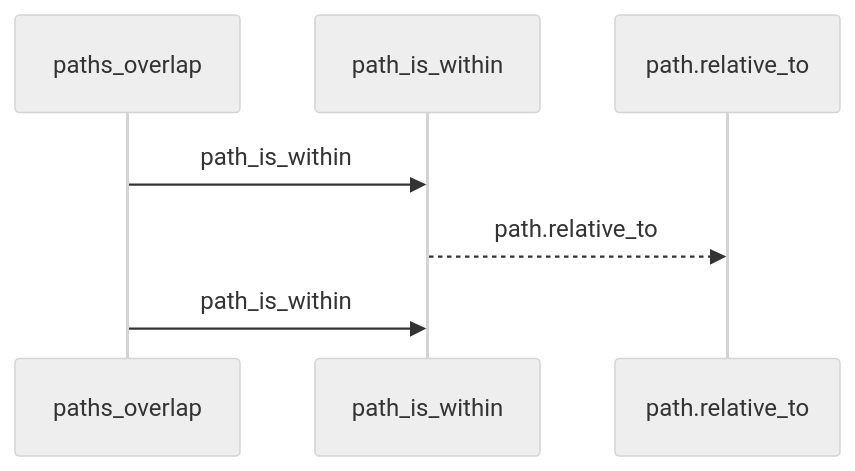
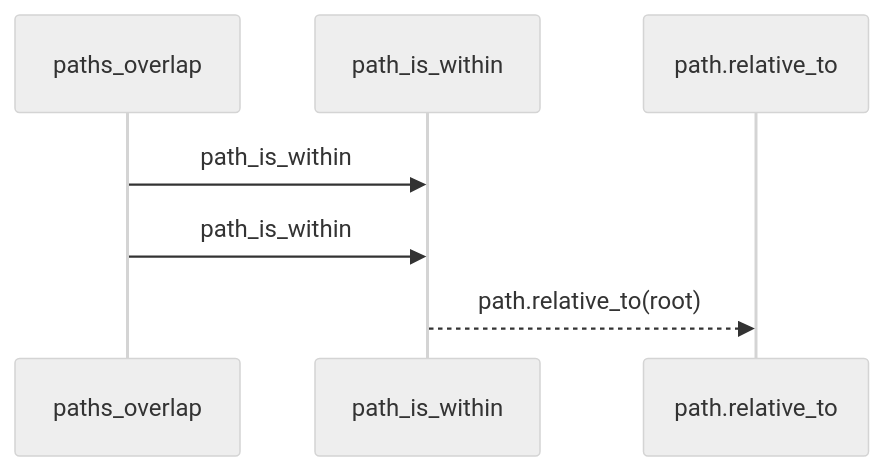
Before and after one commit to Denissvgn/python-wiki-llm: the first of 2 diagrams in docs/llm_wiki/flows/api-paths_overlap.md, drawn with Mermaid (neutral theme). The commit also changed other lines of this file and 1410 other files, not shown here.

````diff
--- a/docs/llm_wiki/flows/api-paths_overlap.md
+++ b/docs/llm_wiki/flows/api-paths_overlap.md
@@ -10,9 +12,9 @@
 ```mermaid
 sequenceDiagram
     participant p0 as paths_overlap
     participant p1 as path_is_within
     participant p2 as path.relative_to
     p0->>p1: path_is_within
-    p1-->>p2: path.relative_to
     p0->>p1: path_is_within
+    p1-->>p2: path.relative_to(root)
 ```
````
